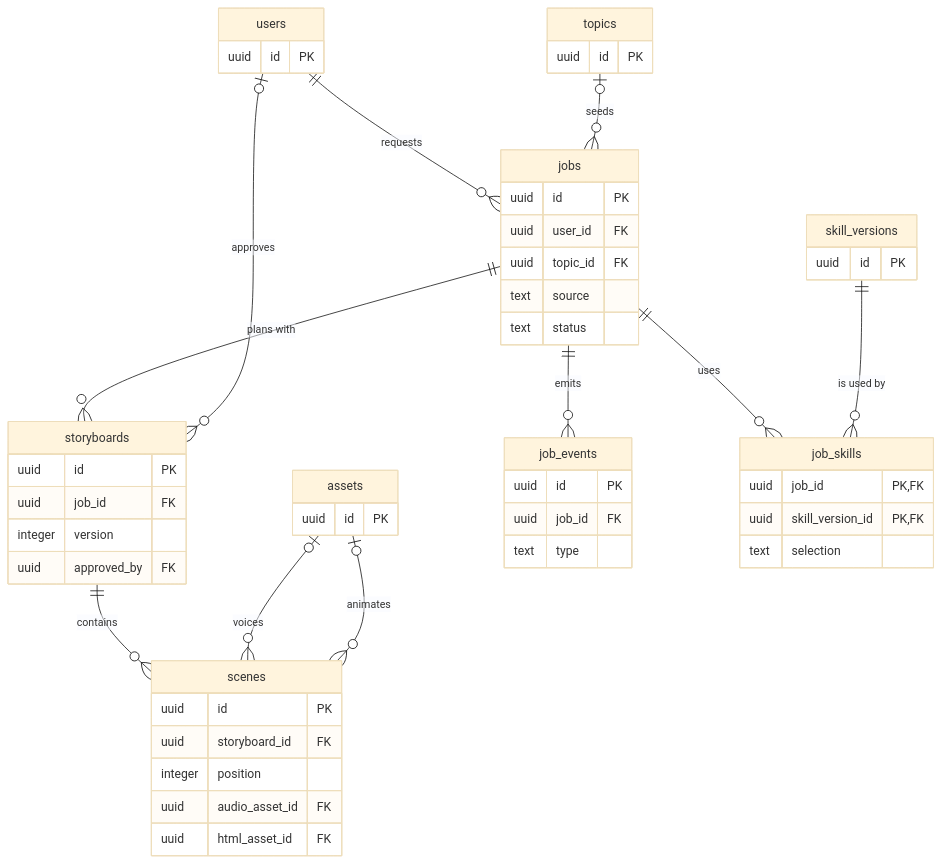
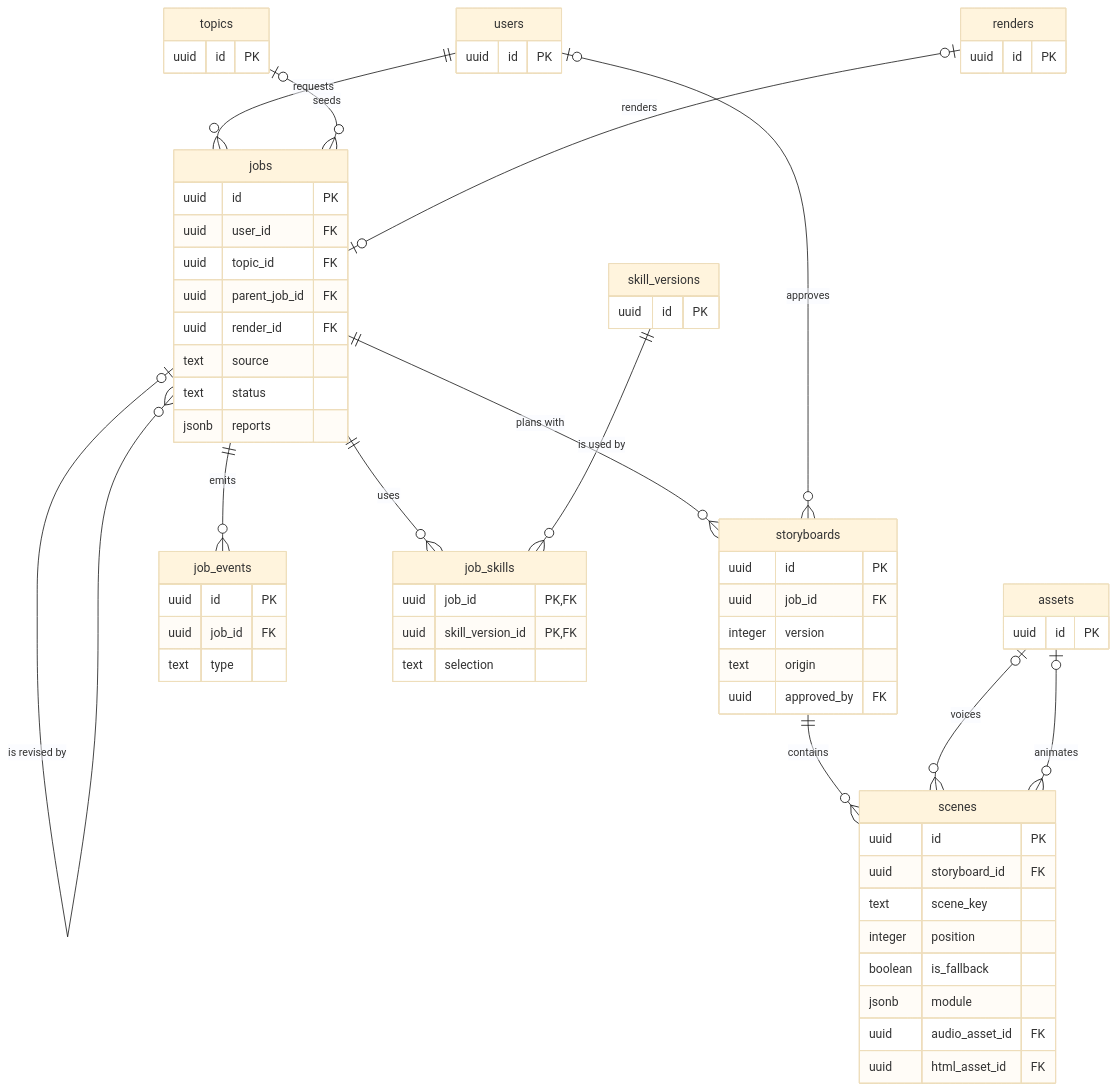
One commit to The-GenAI-Labs/motionile changed the fourth of 10 diagrams in docs/db/erd.md. Above: the diagram before and after it, drawn with Mermaid (base theme). The commit also changed other lines of this file and 18 other files, not shown here.

Commit message:
feat(db): add the generation, prompts and skills tables with the LangGraph checkpointer schema

````diff
--- a/docs/db/erd.md
+++ b/docs/db/erd.md
@@ -218,56 +218,68 @@
 ```mermaid
 erDiagram
     users ||--o{ jobs : "requests"
     topics |o--o{ jobs : "seeds"
+    jobs |o--o{ jobs : "is revised by"
+    renders |o--o| jobs : "renders"
     jobs ||--o{ storyboards : "plans with"
     users |o--o{ storyboards : "approves"
     storyboards ||--o{ scenes : "contains"
     assets |o--o{ scenes : "voices"
     assets |o--o{ scenes : "animates"
     jobs ||--o{ job_events : "emits"
     jobs ||--o{ job_skills : "uses"
     skill_versions ||--o{ job_skills : "is used by"
 
     jobs {
         uuid id PK
         uuid user_id FK
         uuid topic_id FK
+        uuid parent_job_id FK
+        uuid render_id FK
         text source
         text status
+        jsonb reports
     }
     storyboards {
         uuid id PK
         uuid job_id FK
         integer version
+        text origin
         uuid approved_by FK
     }
     scenes {
         uuid id PK
         uuid storyboard_id FK
+        text scene_key
         integer position
+        boolean is_fallback
+        jsonb module
         uuid audio_asset_id FK
         uuid html_asset_id FK
     }
     job_events {
         uuid id PK
         uuid job_id FK
         text type
     }
     job_skills {
         uuid job_id PK, FK
         uuid skill_version_id PK, FK
         text selection
     }
     users {
         uuid id PK
     }
     topics {
         uuid id PK
     }
     assets {
         uuid id PK
     }
+    renders {
+        uuid id PK
+    }
     skill_versions {
         uuid id PK
     }
 ```
````
